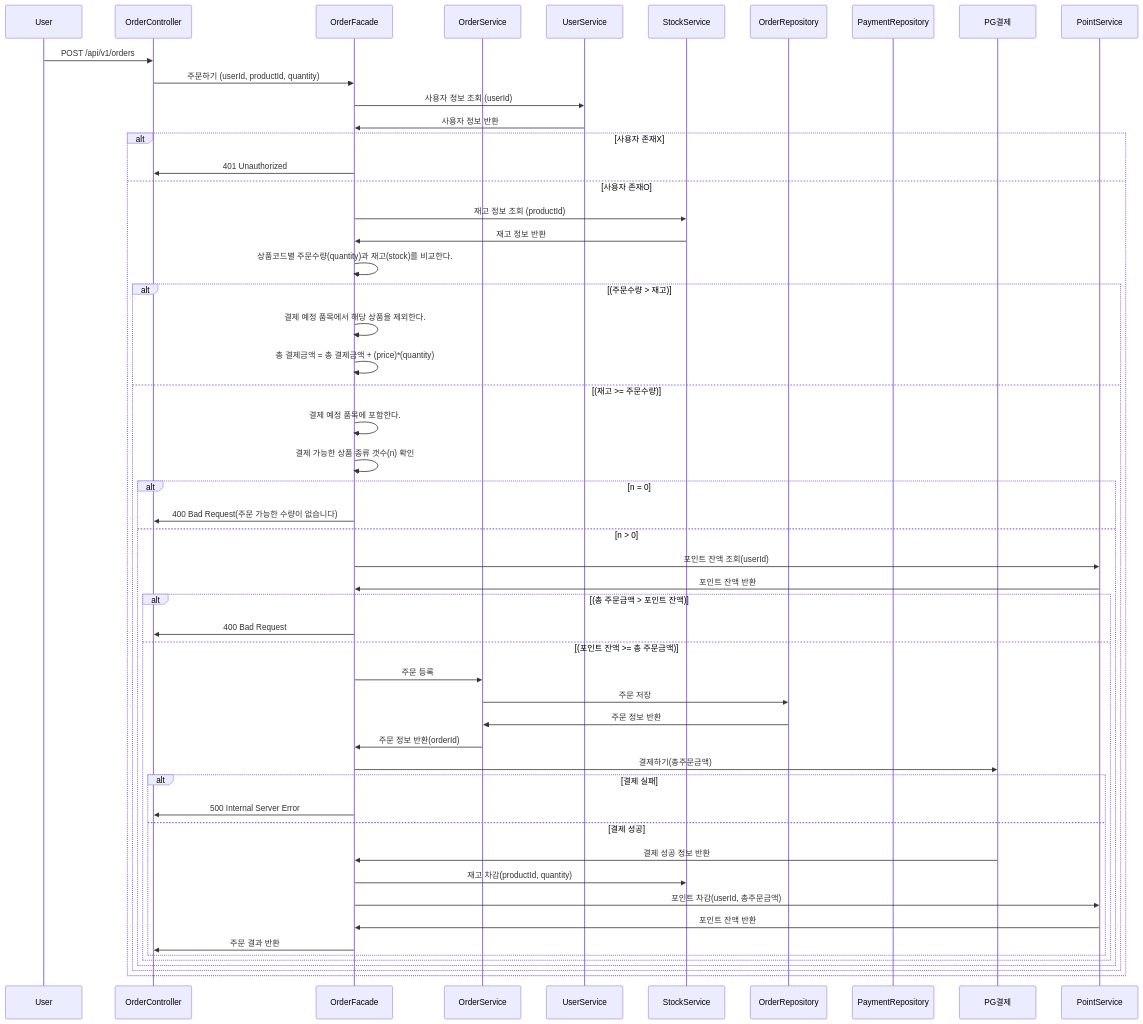
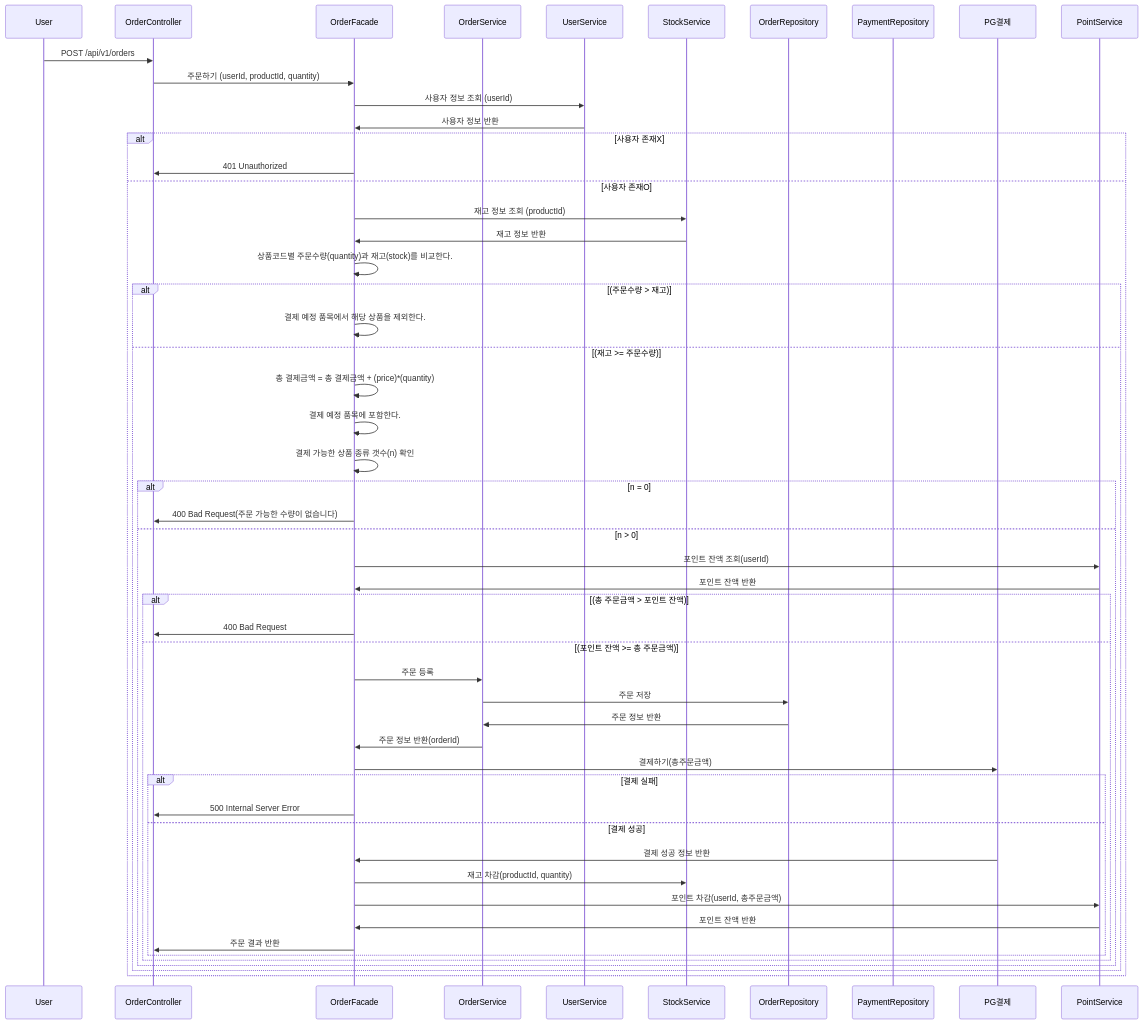
Before and after one commit to Cein1/kotlin-e-commerce-server: the sixth of 8 diagrams in docs/02-sequence-diagrams.md, drawn with Mermaid. The commit also changed other lines of this file and 40 other files, not shown here.

````diff
--- a/docs/02-sequence-diagrams.md
+++ b/docs/02-sequence-diagrams.md
@@ -141,55 +141,55 @@
 ```mermaid
     sequenceDiagram
         participant User
         participant OrderController
         participant OrderFacade
         participant OrderService
         participant UserService
         participant StockService
         participant OrderRepository
         participant PaymentRepository
         participant PG결제
     
         User->>OrderController: POST /api/v1/orders
         OrderController->>OrderFacade: 주문하기 (userId, productId, quantity)
         OrderFacade->>UserService: 사용자 정보 조회 (userId)
         UserService->>OrderFacade: 사용자 정보 반환
         alt 사용자 존재X
             OrderFacade->>OrderController: 401 Unauthorized
         else 사용자 존재O
             OrderFacade->>StockService: 재고 정보 조회 (productId)
             StockService->>OrderFacade: 재고 정보 반환
             OrderFacade->>OrderFacade: 상품코드별 주문수량(quantity)과 재고(stock)를 비교한다.
             alt (주문수량 > 재고)
                 OrderFacade->>OrderFacade:결제 예정 품목에서 해당 상품을 제외한다.
+            else (재고 >= 주문수량)
                 OrderFacade->>OrderFacade:총 결제금액 = 총 결제금액 + (price)*(quantity)
-            else (재고 >= 주문수량)
                 OrderFacade->>OrderFacade:결제 예정 품목에 포함한다.
             OrderFacade->>OrderFacade : 결제 가능한 상품 종류 갯수(n) 확인
             alt n = 0
                 OrderFacade->>OrderController: 400 Bad Request(주문 가능한 수량이 없습니다)		
             else n > 0
                 OrderFacade->>PointService: 포인트 잔액 조회(userId)
                 PointService->>OrderFacade: 포인트 잔액 반환
                 alt (총 주문금액 > 포인트 잔액)
                     OrderFacade->>OrderController: 400 Bad Request
                 else (포인트 잔액 >= 총 주문금액)
                     OrderFacade->>OrderService: 주문 등록
                     OrderService->>OrderRepository: 주문 저장
                     OrderRepository->>OrderService: 주문 정보 반환
                     OrderService->>OrderFacade: 주문 정보 반환(orderId)
                     OrderFacade->>PG결제: 결제하기(총주문금액)
                     alt 결제 실패
                         OrderFacade->>OrderController: 500 Internal Server Error
                     else 결제 성공
                         PG결제->>OrderFacade: 결제 성공 정보 반환
                         OrderFacade->>StockService: 재고 차감(productId, quantity)
                         OrderFacade->>PointService: 포인트 차감(userId, 총주문금액)
                         PointService->>OrderFacade: 포인트 잔액 반환
                         OrderFacade->>OrderController: 주문 결과 반환
                     end
                 end
             end
         end
     end
 ```
````
